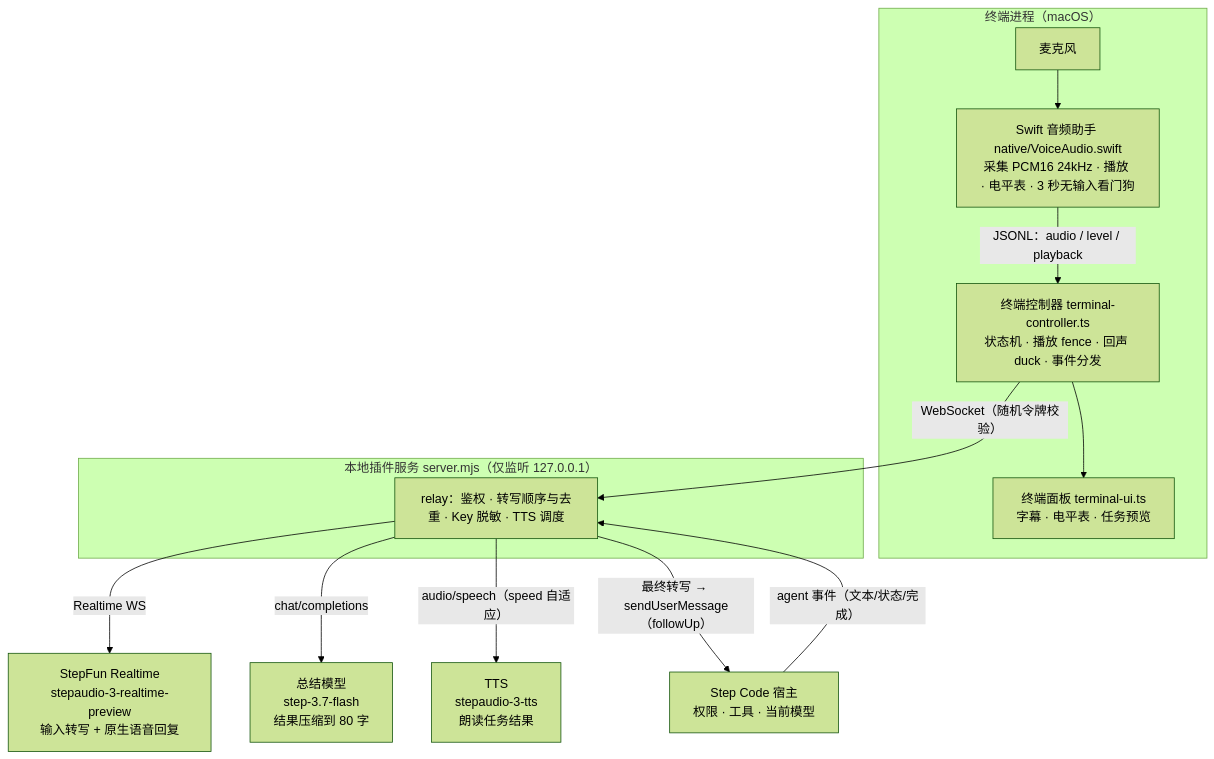
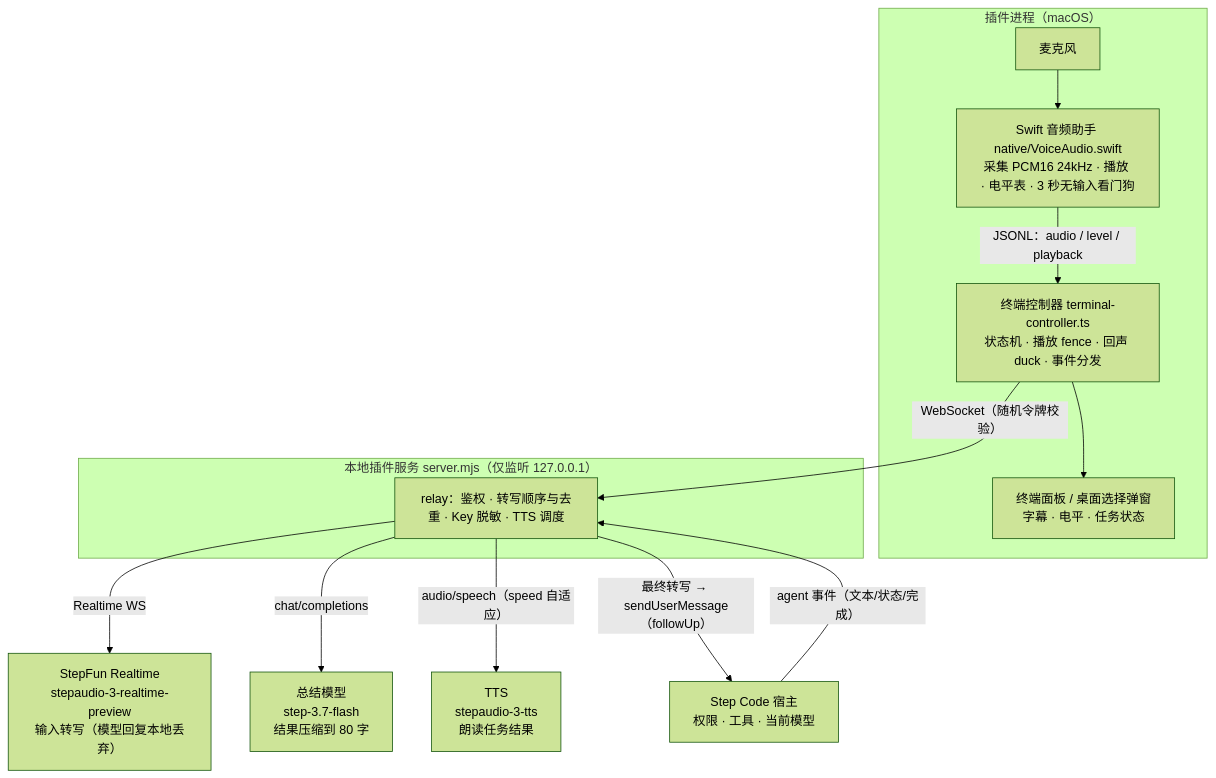
Before and after one commit to Zgh332358/StepFun-Voice: the diagram in README.md, drawn with Mermaid (forest theme). The commit also changed other lines of this file and 28 other files, not shown here.

````diff
--- a/README.md
+++ b/README.md
@@ -20,17 +55,17 @@
 ```mermaid
 flowchart TB
-  subgraph T["终端进程（macOS）"]
+  subgraph T["插件进程（macOS）"]
     MIC["麦克风"] --> SW["Swift 音频助手 native/VoiceAudio.swift\n采集 PCM16 24kHz · 播放 · 电平表 · 3 秒无输入看门狗"]
     SW -- "JSONL：audio / level / playback" --> CTRL["终端控制器 terminal-controller.ts\n状态机 · 播放 fence · 回声 duck · 事件分发"]
-    CTRL --> UI["终端面板 terminal-ui.ts\n字幕 · 电平表 · 任务预览"]
+    CTRL --> UI["终端面板 / 桌面选择弹窗\n字幕 · 电平 · 任务状态"]
   end
   subgraph P["本地插件服务 server.mjs（仅监听 127.0.0.1）"]
     SERVER["relay：鉴权 · 转写顺序与去重 · Key 脱敏 · TTS 调度"]
   end
   CTRL -- "WebSocket（随机令牌校验）" --> SERVER
-  SERVER -- "Realtime WS" --> SF["StepFun Realtime\nstepaudio-3-realtime-preview\n输入转写 + 原生语音回复"]
+  SERVER -- "Realtime WS" --> SF["StepFun Realtime\nstepaudio-3-realtime-preview\n输入转写（模型回复本地丢弃）"]
   SERVER -- "chat/completions" --> LLM["总结模型\nstep-3.7-flash\n结果压缩到 80 字"]
   SERVER -- "audio/speech（speed 自适应）" --> TTS["TTS\nstepaudio-3-tts\n朗读任务结果"]
   SERVER -- "最终转写 → sendUserMessage（followUp）" --> HOST["Step Code 宿主\n权限 · 工具 · 当前模型"]
   HOST -- "agent 事件（文本/状态/完成）" --> SERVER
 ```
````
